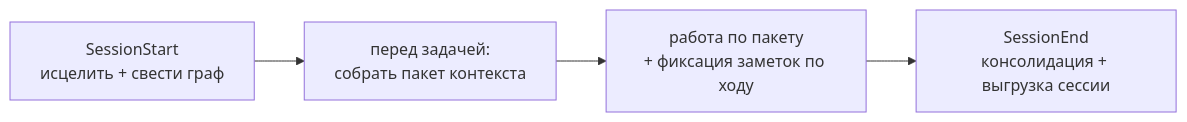
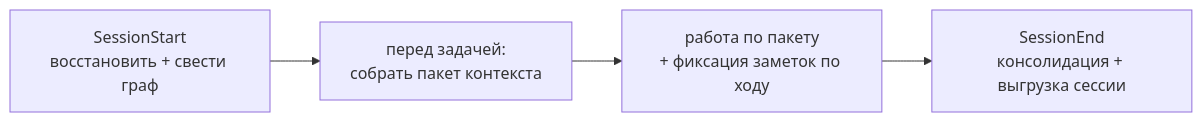
Before and after one commit to Kvazar123/llm-amg: the diagram in docs/ru/GUIDE.md, drawn with Mermaid. The commit also changed other lines of this file and 13 other files, not shown here.

````diff
--- a/docs/ru/GUIDE.md
+++ b/docs/ru/GUIDE.md
@@ -28,6 +28,6 @@
 ```mermaid
 flowchart LR
-    S["SessionStart<br/>исцелить + свести граф"] --> R["перед задачей:<br/>собрать пакет контекста"]
+    S["SessionStart<br/>восстановить + свести граф"] --> R["перед задачей:<br/>собрать пакет контекста"]
     R --> W["работа по пакету<br/>+ фиксация заметок по ходу"]
     W --> E["SessionEnd<br/>консолидация + выгрузка сессии"]
 ```
````
